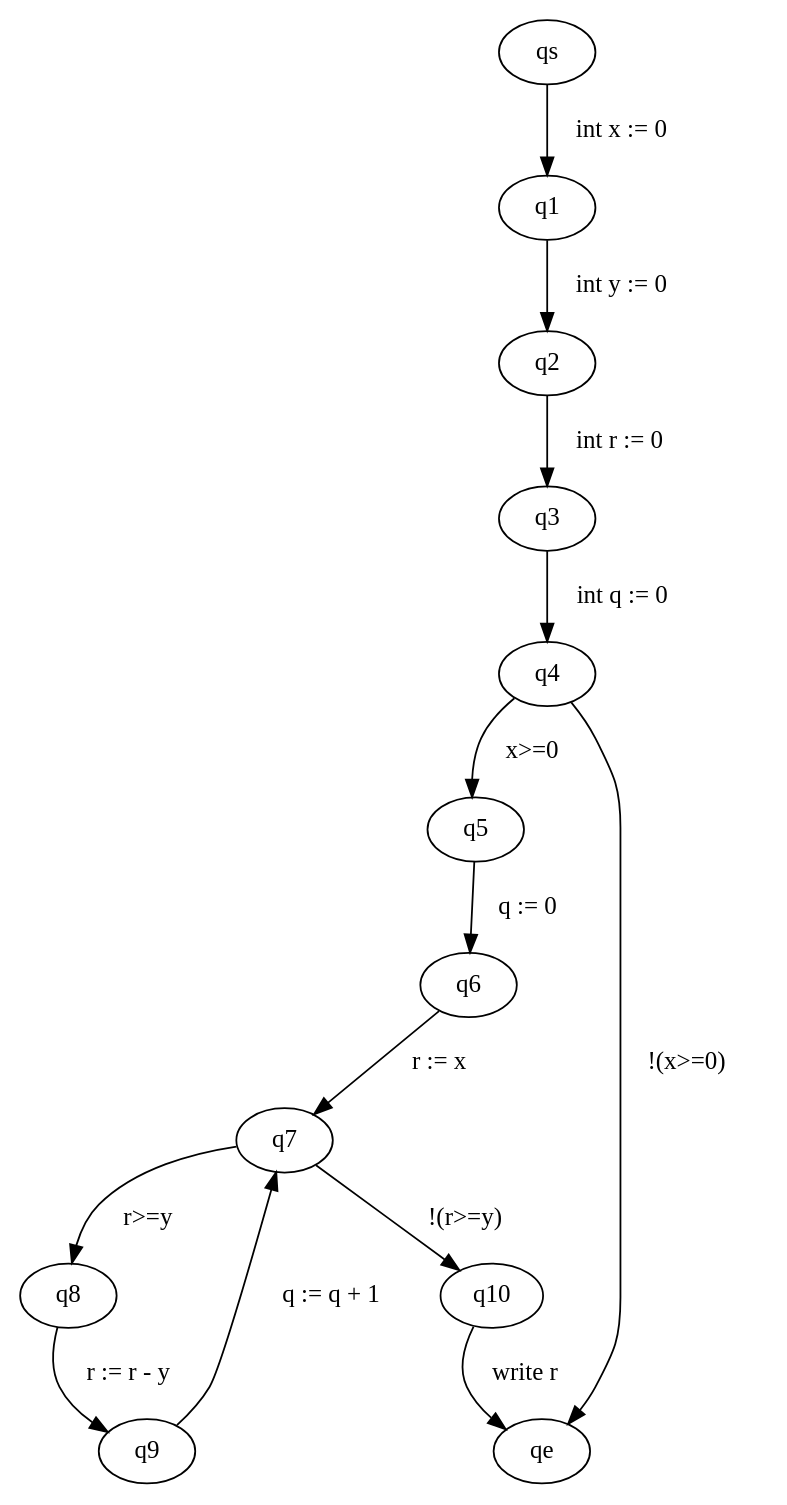
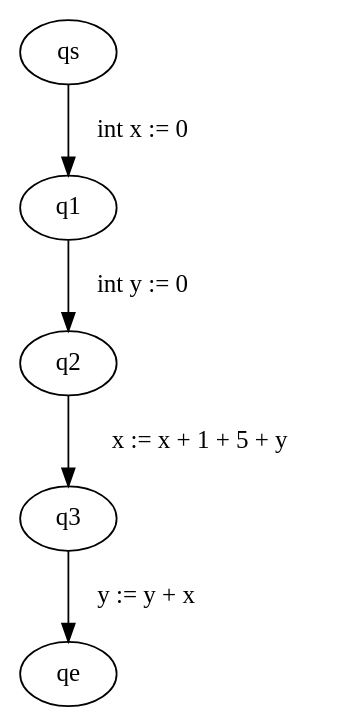
One commit to FloKes/ProgramAnalysis changed the diagram in src/main/java/graphviz/input.dot. Above: the diagram before and after it, drawn with Graphviz. The commit also changed 4 other files, not shown here.

```diff
--- a/src/main/java/graphviz/input.dot
+++ b/src/main/java/graphviz/input.dot
@@ -1,15 +1,6 @@
 digraph ProgramGraph{
 "qs" -> "q1" [label="  int x := 0   "] 
 "q1" -> "q2" [label="  int y := 0   "] 
-"q2" -> "q3" [label="  int r := 0   "] 
-"q3" -> "q4" [label="  int q := 0   "] 
-"q4" -> "q5" [label="  x>=0   "] 
-"q4" -> "qe" [label="  !(x>=0)   "] 
-"q5" -> "q6" [label="  q := 0   "] 
-"q6" -> "q7" [label="  r := x   "] 
-"q7" -> "q8" [label="  r>=y   "] 
-"q7" -> "q10" [label="  !(r>=y)   "] 
-"q8" -> "q9" [label="  r := r - y   "] 
-"q9" -> "q7" [label="  q := q + 1   "] 
-"q10" -> "qe" [label="  write r   "] 
+"q2" -> "q3" [label="  x := x + 1 + 5 + y   "] 
+"q3" -> "qe" [label="  y := y + x   "] 
 }
```
